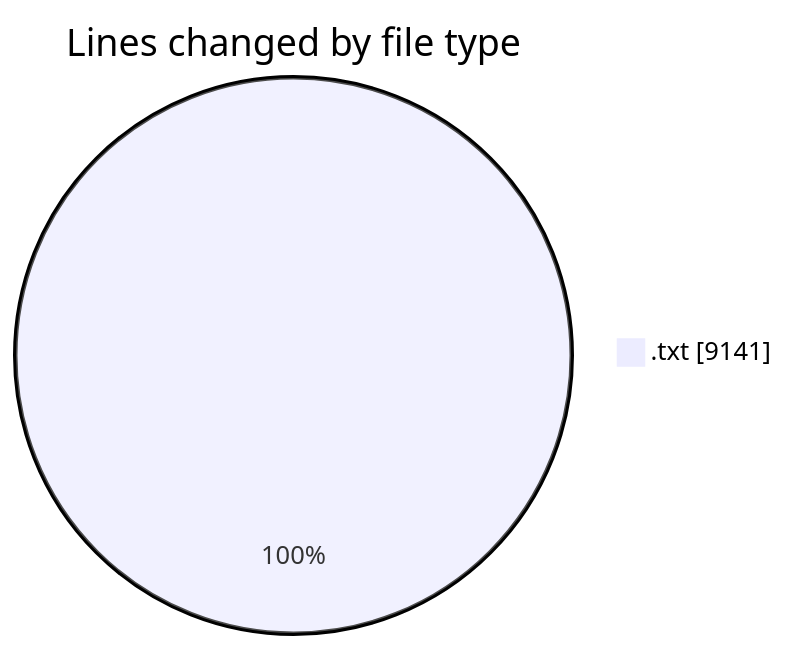
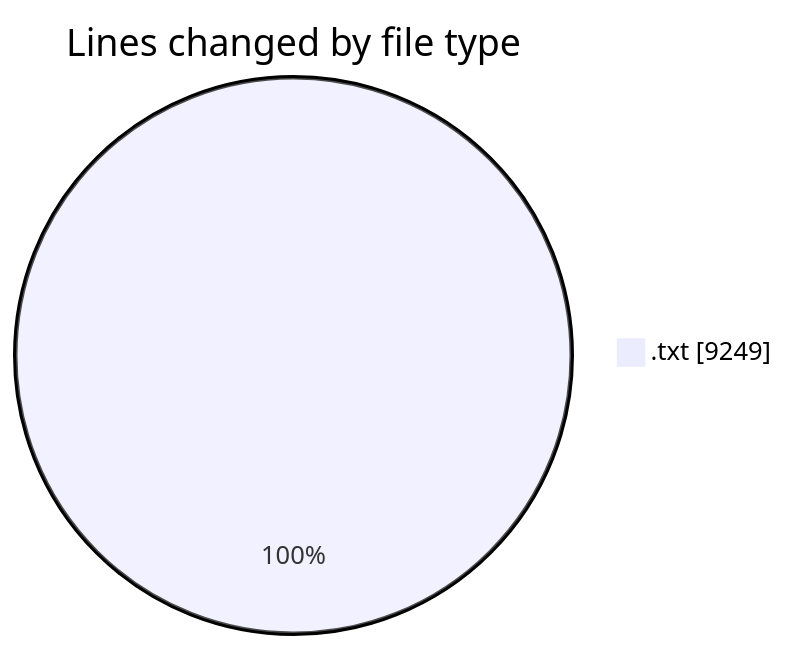
The first of 2 diagrams in 2026-11-23/informesdocpath/README.md (ricardozamudiocil/code-tracking), drawn with Mermaid before and after one commit. The commit also changed other lines of this file and 1 other file, not shown here.

````diff
--- a/2026-11-23/informesdocpath/README.md
+++ b/2026-11-23/informesdocpath/README.md
@@ -21,5 +21,5 @@
 ```mermaid
 pie showData
 title Lines changed by file type
-".txt" : 9141
+".txt" : 9249
 ```
````
